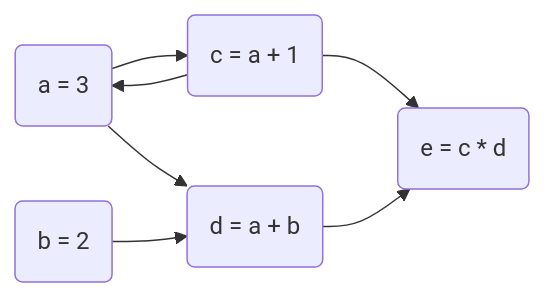
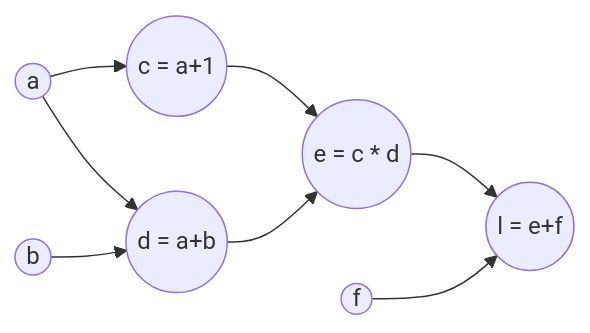
Before and after one commit to koushikkhan/koushikkhan.github.io: the first of 2 diagrams in posts/2023-04-19-autograd/index.qmd, drawn with Mermaid. The commit also changed other lines of this file and 42 other files, not shown here.

````diff
--- a/posts/2023-04-19-autograd/index.qmd
+++ b/posts/2023-04-19-autograd/index.qmd
@@ -94,9 +120,11 @@
 ```{mermaid}
-%%| fig-width: 4.5
+%%| fig-width: 3.0
 graph LR
-  a(a = 3) --> c(c = a + 1) --> a(a = 3)
-  a(a = 3) --> d(d = a + b)
-  b(b = 2) --> d(d = a + b)
-  c(c = a + 1) --> e(e = c * d)
-  d(d = a + b) --> e(e = c * d) 
+  a((a)) --> c((c = a+1))
+  a((a)) --> d((d = a+b))
+  b((b)) --> d((d = a+b))
+  c((c = a+1)) --> e((e = c * d))
+  d((d = a+b)) --> e((e = c * d))
+  e((e = c * d)) --> l((l = e+f))
+  f((f)) --> l((l = e+f))
 ```
````
